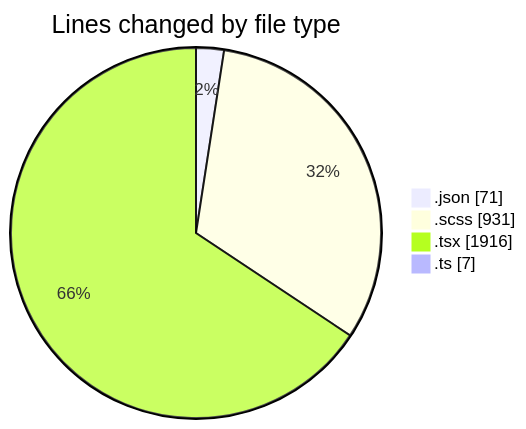
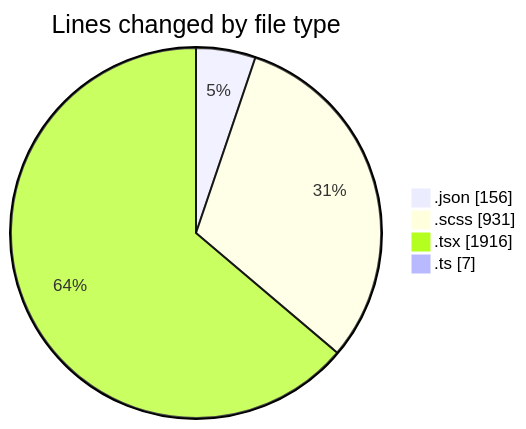
One commit to momahboobian/code-tracking changed the first of 2 diagrams in 2026-02-17/cda/README.md. Above: the diagram before and after it, drawn with Mermaid. The commit also changed other lines of this file and 1 other file, not shown here.

````diff
--- a/2026-02-17/cda/README.md
+++ b/2026-02-17/cda/README.md
@@ -28,8 +29,8 @@
 ```mermaid
 pie showData
 title Lines changed by file type
-".json" : 71
+".json" : 156
 ".scss" : 931
 ".tsx" : 1916
 ".ts" : 7
 ```
````
